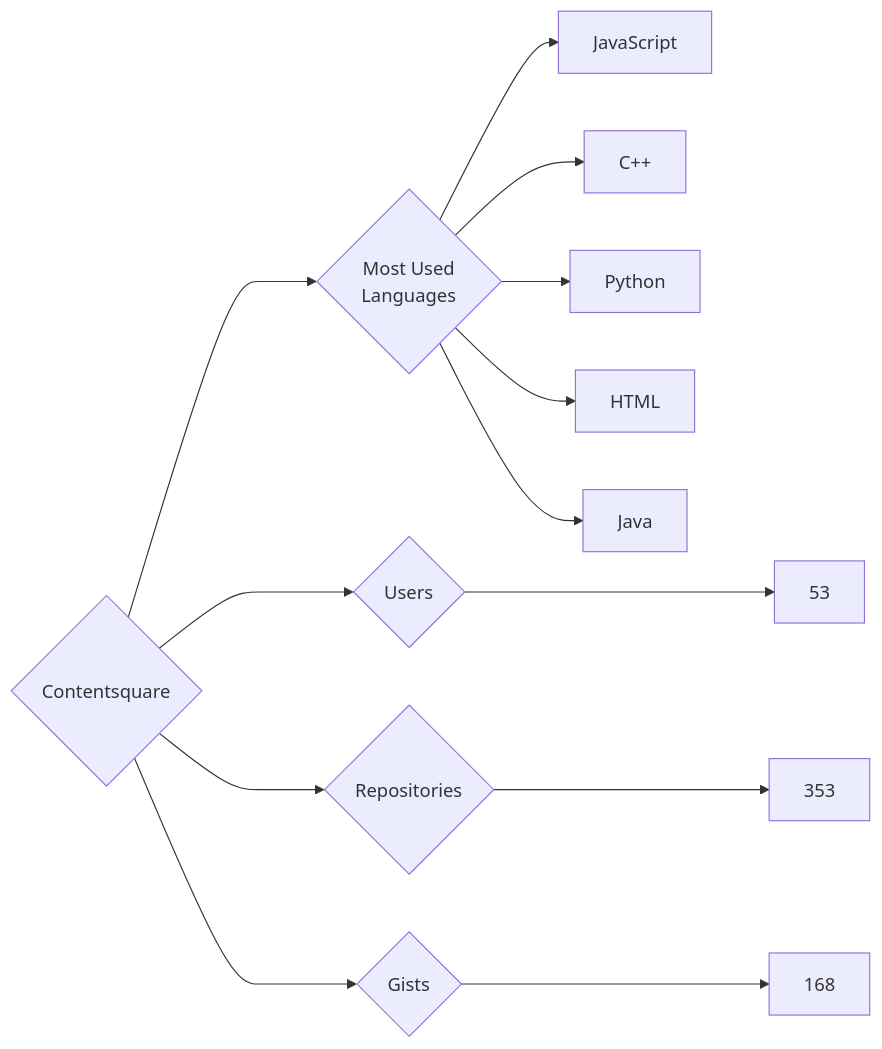
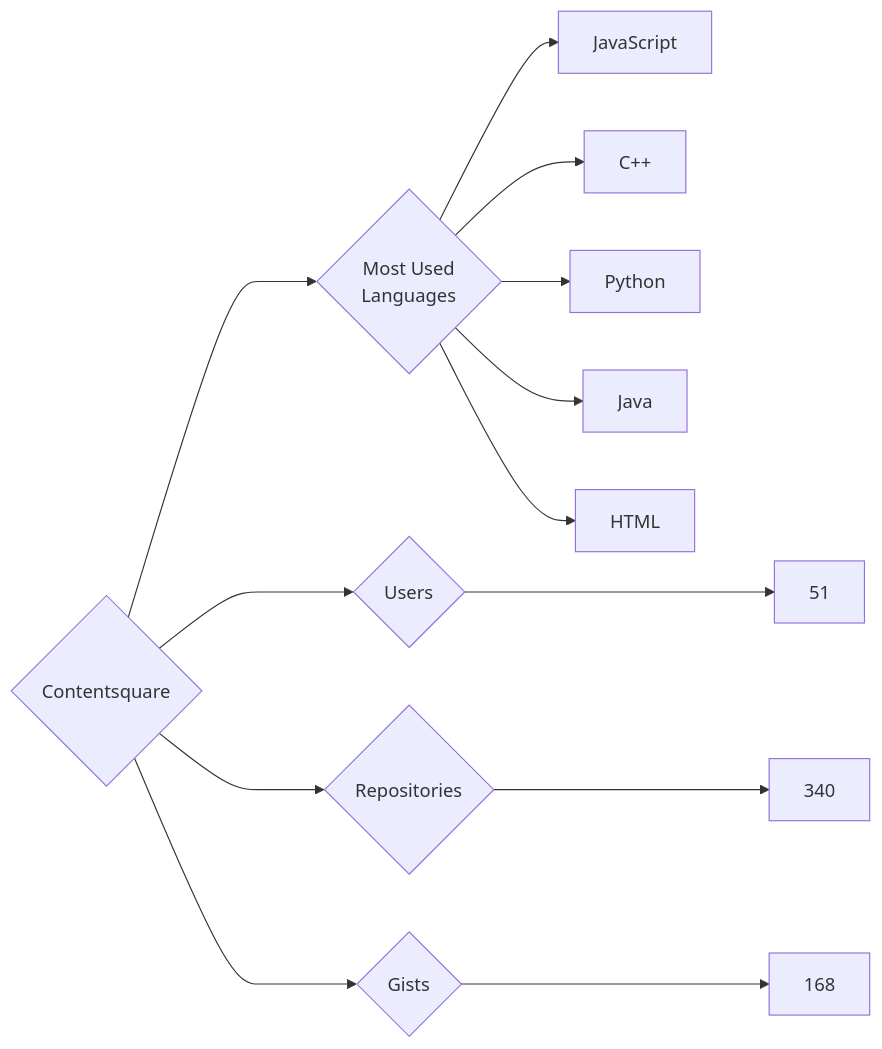
The diagram in targets/Contentsquare/README.md (trickest/insiders), drawn with Mermaid before and after one commit. The commit also changed 988 other files, not shown here.

````diff
--- a/targets/Contentsquare/README.md
+++ b/targets/Contentsquare/README.md
@@ -3,13 +3,13 @@
 ```mermaid
 graph LR
 COMPANY_NAME{Contentsquare}
-COMPANY_NAME ---> U{Users} ---> UN[53]
-COMPANY_NAME ---> R{Repositories} ---> RN[353]
+COMPANY_NAME ---> U{Users} ---> UN[51]
+COMPANY_NAME ---> R{Repositories} ---> RN[340]
 COMPANY_NAME ---> G{Gists} ---> GN[168]
 COMPANY_NAME ---> ML{Most Used<br>Languages}
 ML --> JavaScript[JavaScript]
 ML --> C++[C++]
 ML --> Python[Python]
+ML --> Java[Java]
 ML --> HTML[HTML]
-ML --> Java[Java]
 ```
````
